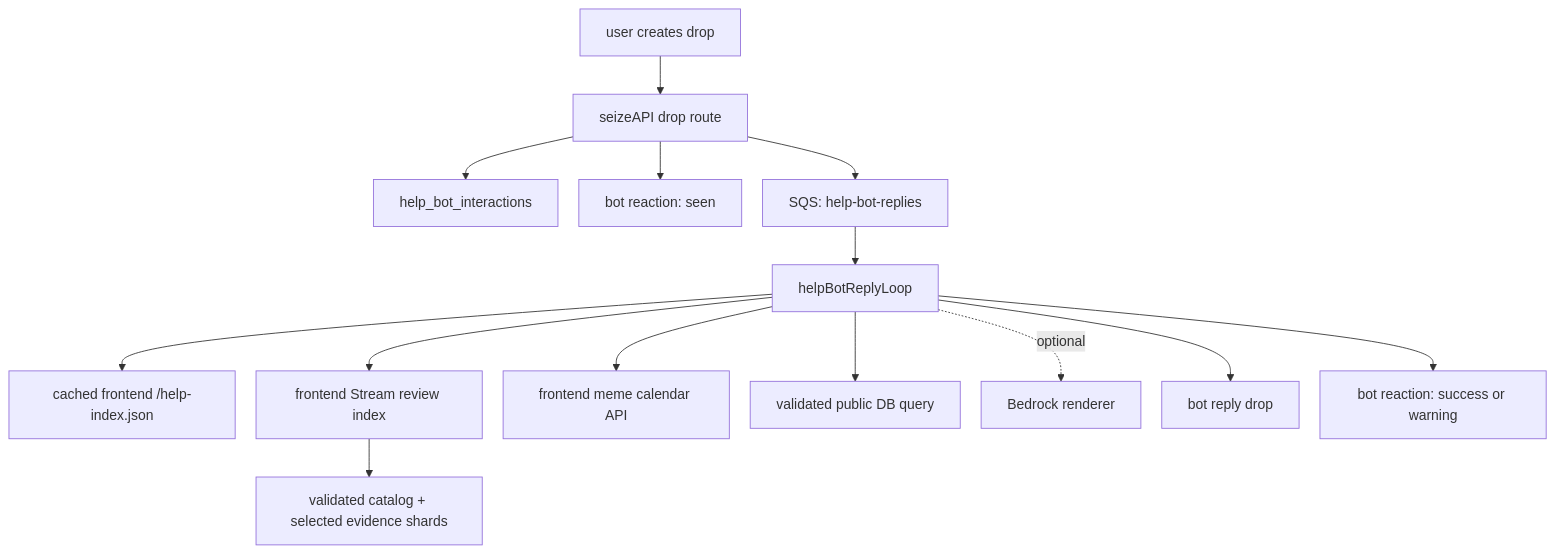
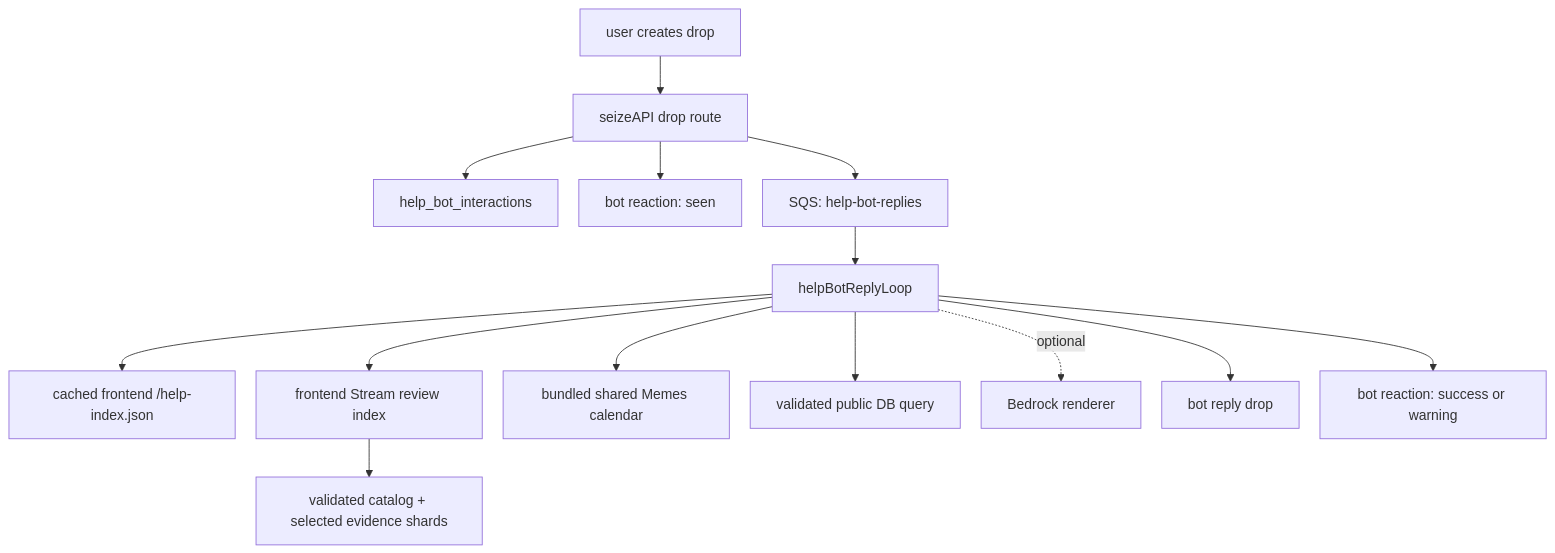
One commit to 6529-Collections/6529seize-backend changed the second of 3 diagrams in docs/architecture.md. Above: the diagram before and after it, drawn with Mermaid. The commit also changed other lines of this file and 16 other files, not shown here.

Commit message:
Calculate subscription and Help Bot calendars locally

````diff
--- a/docs/architecture.md
+++ b/docs/architecture.md
@@ -1766,17 +1765,17 @@
 ```mermaid
 %%{init: {"flowchart": {"nodeSpacing": 24, "rankSpacing": 44, "curve": "basis"}} }%%
 flowchart TD
   UserDrop["user creates drop"] --> DropRoute["seizeAPI drop route"]
   DropRoute --> InteractionRow["help_bot_interactions"]
   DropRoute --> SeenReaction["bot reaction: seen"]
   DropRoute --> HelpBotSqs["SQS: help-bot-replies"]
   HelpBotSqs --> HelpBotWorker["helpBotReplyLoop"]
   HelpBotWorker --> FrontendIndex["cached frontend /help-index.json"]
   HelpBotWorker --> StreamReviewIndex["frontend Stream review index"]
   StreamReviewIndex --> StreamKnowledge["validated catalog + selected evidence shards"]
-  HelpBotWorker --> FrontendCalendar["frontend meme calendar API"]
+  HelpBotWorker --> SharedCalendar["bundled shared Memes calendar"]
   HelpBotWorker --> PublicData["validated public DB query"]
   HelpBotWorker -. optional .-> Bedrock["Bedrock renderer"]
   HelpBotWorker --> BotReply["bot reply drop"]
   HelpBotWorker --> FinalReaction["bot reaction: success or warning"]
 ```
````
